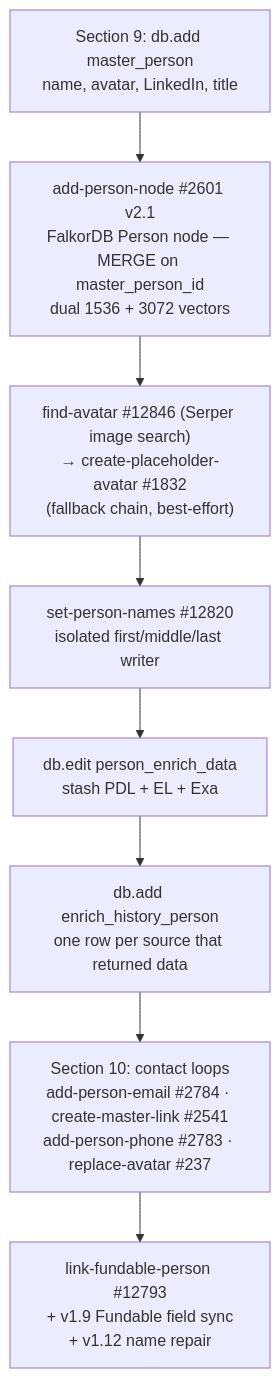
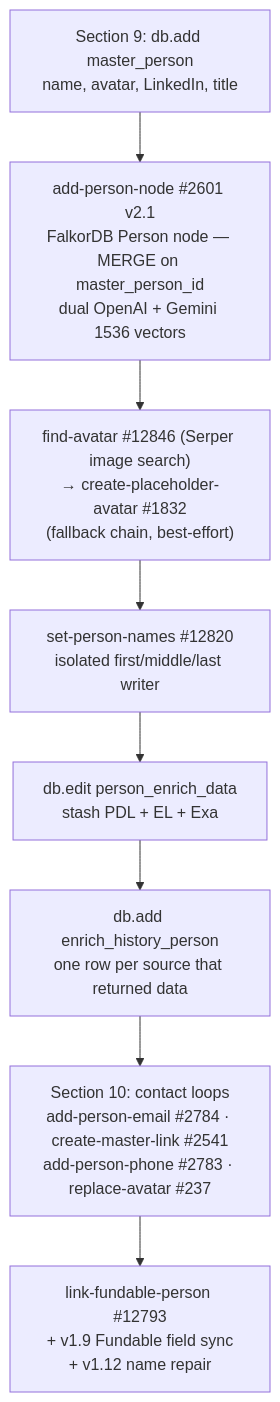
The first of 2 diagrams in guides/enrichment/waterfall/person-entry-points.mdx (M-Pederson/docs), drawn with Mermaid before and after one commit. The commit also changed other lines of this file and 20 other files, not shown here.

````diff
--- a/guides/enrichment/waterfall/person-entry-points.mdx
+++ b/guides/enrichment/waterfall/person-entry-points.mdx
@@ -173,10 +174,10 @@
 ```mermaid
 graph TD
-    A["Section 9: db.add master_person<br/>name, avatar, LinkedIn, title"] --> B["add-person-node #2601 v2.1<br/>FalkorDB Person node — MERGE on master_person_id<br/>dual 1536 + 3072 vectors"]
+    A["Section 9: db.add master_person<br/>name, avatar, LinkedIn, title"] --> B["add-person-node #2601 v2.1<br/>FalkorDB Person node — MERGE on master_person_id<br/>dual OpenAI + Gemini 1536 vectors"]
     B --> B2["find-avatar #12846 (Serper image search)<br/>→ create-placeholder-avatar #1832<br/>(fallback chain, best-effort)"]
     B2 --> C["set-person-names #12820<br/>isolated first/middle/last writer"]
     C --> D["db.edit person_enrich_data<br/>stash PDL + EL + Exa"]
     D --> E["db.add enrich_history_person<br/>one row per source that returned data"]
     E --> F["Section 10: contact loops<br/>add-person-email #2784 · create-master-link #2541<br/>add-person-phone #2783 · replace-avatar #237"]
     F --> G["link-fundable-person #12793<br/>+ v1.9 Fundable field sync<br/>+ v1.12 name repair"]
 ```
````
